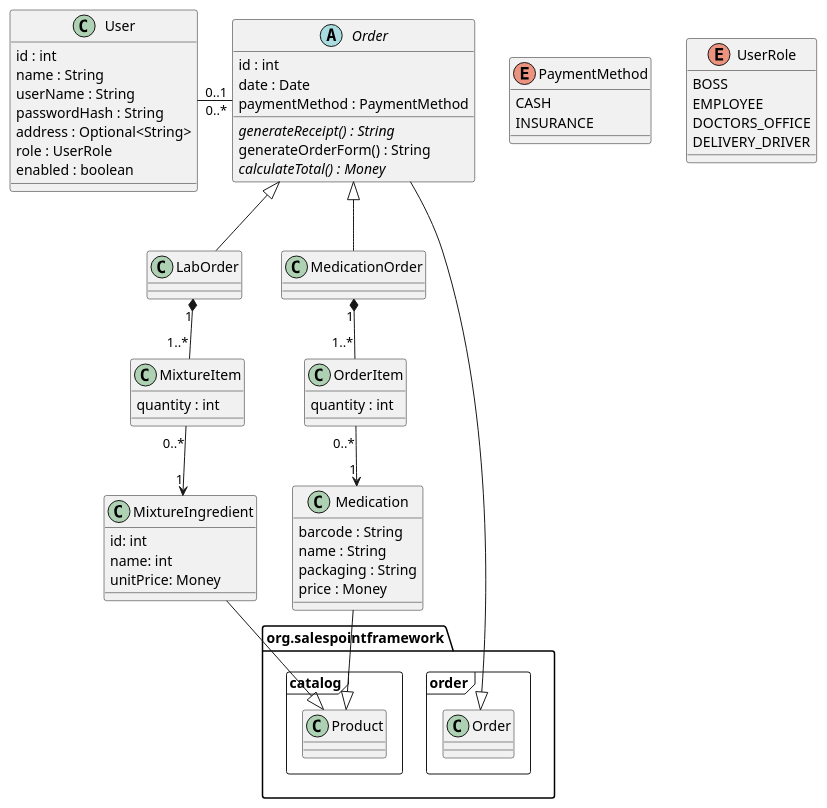
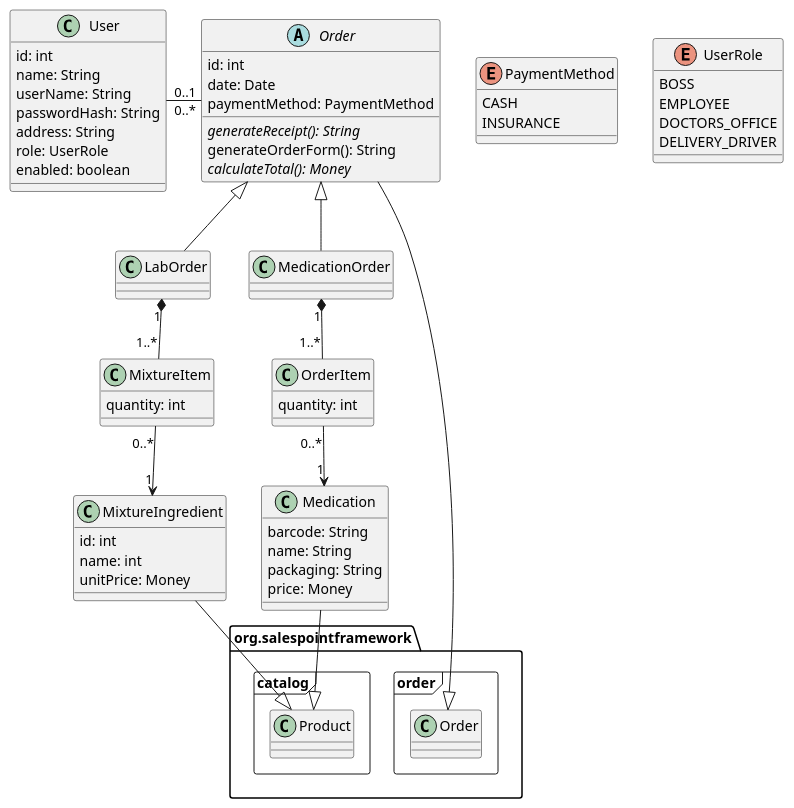
Before and after one commit to Jack4948/Apotheke-G5-Public: the diagram in src/main/asciidoc/models/analysis/class-diagramm.puml, drawn with PlantUML.

Commit message:
Fix inconsistent spacing

```diff
--- a/src/main/asciidoc/models/analysis/class-diagramm.puml
+++ b/src/main/asciidoc/models/analysis/class-diagramm.puml
@@ -1,76 +1,76 @@
 @startuml Class Diagram
 abstract class Order {
-  id : int
-  date : Date
-  paymentMethod : PaymentMethod
+  id: int
+  date: Date
+  paymentMethod: PaymentMethod
 
-  {abstract} generateReceipt() : String
-  generateOrderForm() : String
-  {abstract} calculateTotal() : Money
+  {abstract} generateReceipt(): String
+  generateOrderForm(): String
+  {abstract} calculateTotal(): Money
 }
 
 class LabOrder extends Order {}
 class MedicationOrder extends Order {}
 
 enum PaymentMethod {
   CASH
   INSURANCE
 }
 
 class OrderItem {
-  quantity : int
+  quantity: int
 }
 
 class Medication {
-  barcode : String
-  name : String
-  packaging : String
-  price : Money
+  barcode: String
+  name: String
+  packaging: String
+  price: Money
 }
 
 MedicationOrder "1" *-- "1..*" OrderItem
 OrderItem "0..*" --> "1" Medication
 
 class MixtureItem {
-  quantity : int
+  quantity: int
 }
 
 class MixtureIngredient {
   id: int
   name: int
   unitPrice: Money
 }
 LabOrder "1" *-- "1..*" MixtureItem
 MixtureItem "0..*" --> "1" MixtureIngredient
 
 class User {
-  id : int
-  name : String
-  userName : String
-  passwordHash : String
-  address : Optional<String>
-  role : UserRole
-  enabled : boolean
+  id: int
+  name: String
+  userName: String
+  passwordHash: String
+  address: String
+  role: UserRole
+  enabled: boolean
 }
 
 enum UserRole {
   BOSS
   EMPLOYEE
   DOCTORS_OFFICE
   DELIVERY_DRIVER
 }
 
 User "0..1" - "0..*" Order
 
 set separator ::
 package "org.salespointframework::catalog" <<Frame>> {
   class Product
 }
 package "org.salespointframework::order" <<Frame>> {
   class Order
 }
 
 Medication --|> Product
 MixtureIngredient --|> Product
 Order --|> org.salespointframework::order::Order
 @enduml
```
